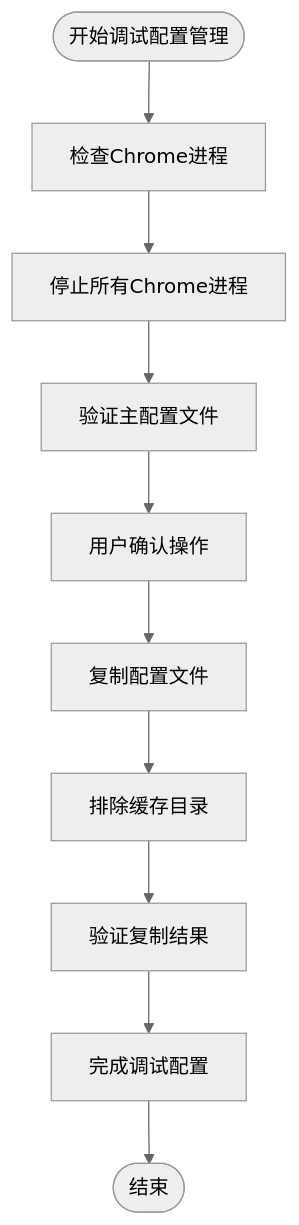
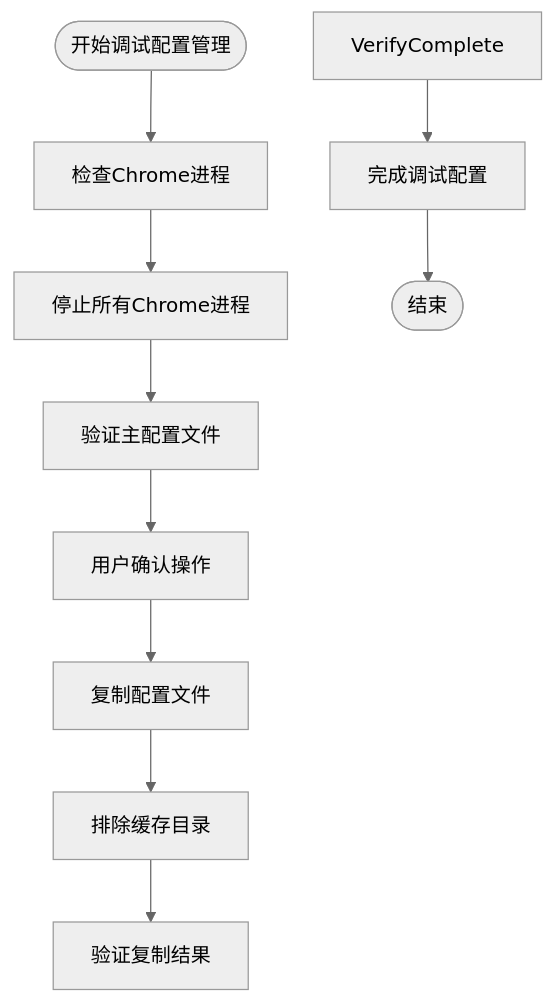
Diagram 11 of 19 in .qoder/repowiki/zh/content/核心功能/浏览器应用管理.md (wangys-123doit/hotkey), drawn with Mermaid (neutral theme) before and after one commit. The commit also changed other lines of this file and 4 other files, not shown here.

````diff
--- a/.qoder/repowiki/zh/content/核心功能/浏览器应用管理.md
+++ b/.qoder/repowiki/zh/content/核心功能/浏览器应用管理.md
@@ -451,12 +486,12 @@
 ```mermaid
 flowchart TD
 Start([开始调试配置管理]) --> CheckChrome["检查Chrome进程"]
 CheckChrome --> StopChrome["停止所有Chrome进程"]
 StopChrome --> CheckProfile["验证主配置文件"]
 CheckProfile --> Confirm["用户确认操作"]
 Confirm --> CopyProfile["复制配置文件"]
 CopyProfile --> ExcludeCache["排除缓存目录"]
 ExcludeCache --> VerifyCopy["验证复制结果"]
-VerifyCopy --> Complete["完成调试配置"]
+VerifyComplete --> Complete["完成调试配置"]
 Complete --> End([结束])
 ```
````
